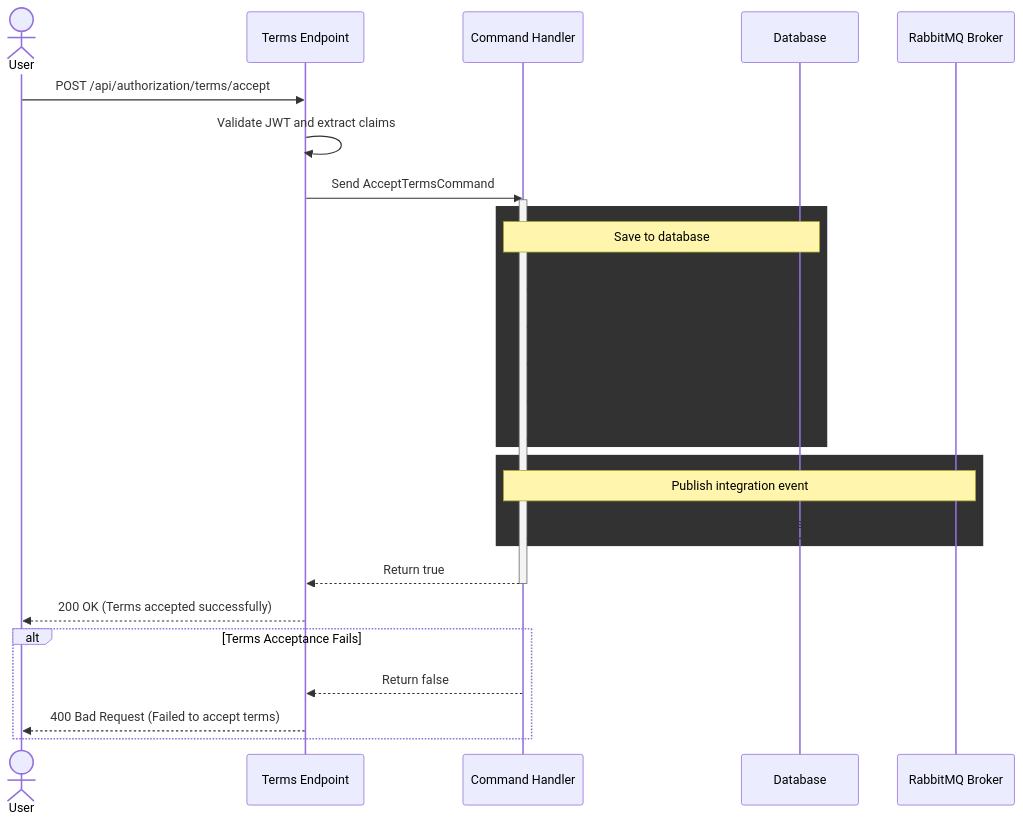
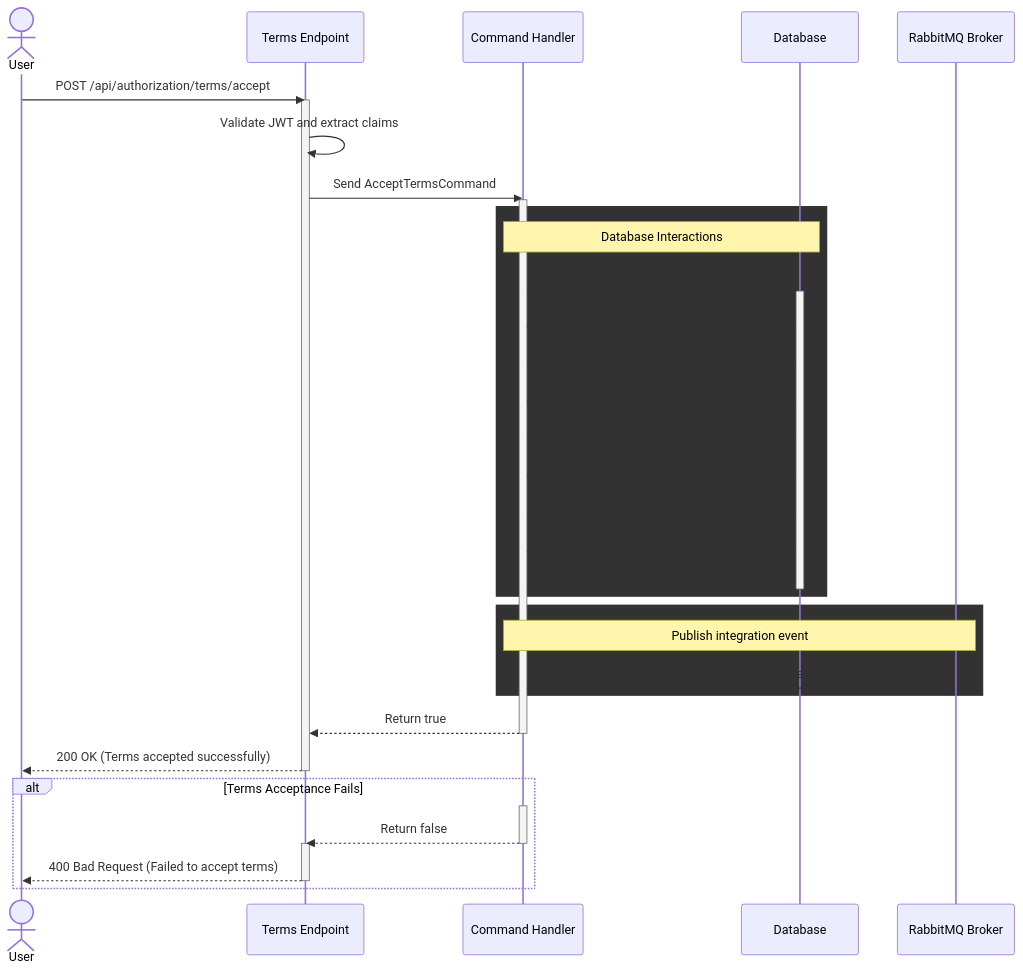
Before and after one commit to Energinet-DataHub/energy-origin: the diagram in doc/architecture/domains/authorization/features/accept-terms.md, drawn with Mermaid.

Commit message:
Adjust accept terms sequence diagram

````diff
--- a/doc/architecture/domains/authorization/features/accept-terms.md
+++ b/doc/architecture/domains/authorization/features/accept-terms.md
@@ -11,37 +11,50 @@
 ```mermaid
 sequenceDiagram
     actor User
     participant API as Terms Endpoint
     participant Handler as Command Handler
     participant DB as Database
     participant RabbitMQ as RabbitMQ Broker
 
     User->>API: POST /api/authorization/terms/accept
+    activate API
     API->>API: Validate JWT and extract claims
     API->>Handler: Send AcceptTermsCommand
+    activate Handler
 
-    activate Handler
     rect rgb(50, 50, 50)
-        note over Handler, DB: Save to database
+        Note over Handler, DB: Database Interactions
         Handler->>DB: Begin transaction
+        activate DB
         Handler->>DB: Get or create organization
+        DB-->>Handler: Return organization
         Handler->>DB: Fetch latest terms
+        DB-->>Handler: Return latest terms
         Handler->>DB: Update organization's terms acceptance
+        DB-->>Handler: Confirm update
         Handler->>DB: Commit transaction
+        DB-->>Handler: Confirm commit
+        deactivate DB
     end
 
     rect rgb(50, 50, 50)
         note over Handler, RabbitMQ: Publish integration event
         Handler->>RabbitMQ: Send OrgAcceptedTerms message
     end
 
     Handler-->>API: Return true
     deactivate Handler
 
     API-->>User: 200 OK (Terms accepted successfully)
+    deactivate API
 
     alt Terms Acceptance Fails
+        activate Handler
         Handler-->>API: Return false
+        deactivate Handler
+        activate API
         API-->>User: 400 Bad Request (Failed to accept terms)
+        deactivate API
     end
+
 ```
````
